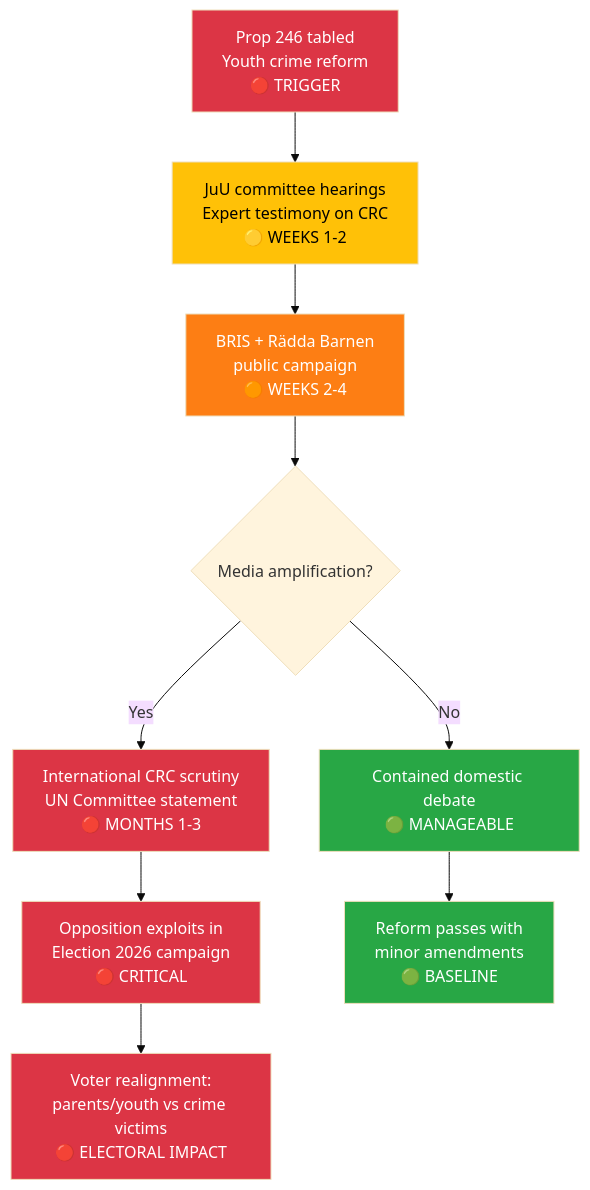
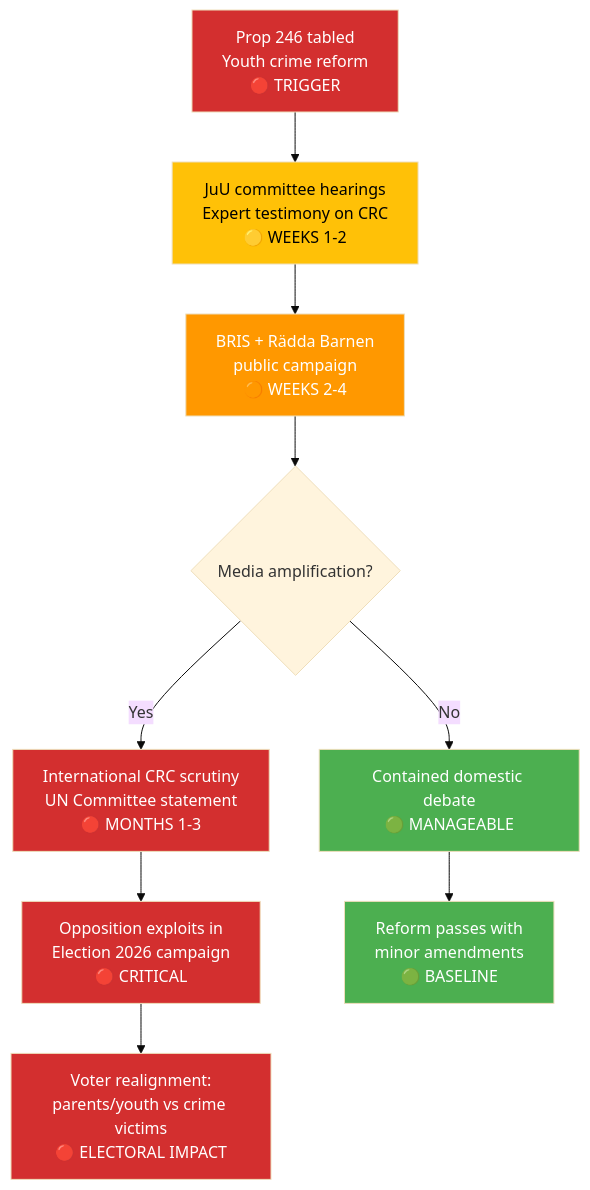
Before and after one commit to Hack23/riksdagsmonitor: the second of 3 diagrams in analysis/daily/2026-04-16/evening-analysis/risk-assessment.md, drawn with Mermaid (base theme). The commit also changed other lines of this file and 785 other files, not shown here.

First line of the commit message:
Normalize mermaid colors across 786 analysis artifacts to ISMS Style Guide palette

````diff
--- a/analysis/daily/2026-04-16/evening-analysis/risk-assessment.md
+++ b/analysis/daily/2026-04-16/evening-analysis/risk-assessment.md
@@ -85,20 +85,20 @@
 ```mermaid
 flowchart TD
     A["Prop 246 tabled<br/>Youth crime reform<br/>🔴 TRIGGER"] --> B["JuU committee hearings<br/>Expert testimony on CRC<br/>🟡 WEEKS 1-2"]
     B --> C["BRIS + Rädda Barnen<br/>public campaign<br/>🟠 WEEKS 2-4"]
     C --> D{Media amplification?}
     D -->|Yes| E["International CRC scrutiny<br/>UN Committee statement<br/>🔴 MONTHS 1-3"]
     D -->|No| F["Contained domestic debate<br/>🟢 MANAGEABLE"]
     E --> G["Opposition exploits in<br/>Election 2026 campaign<br/>🔴 CRITICAL"]
     F --> H["Reform passes with<br/>minor amendments<br/>🟢 BASELINE"]
     G --> I["Voter realignment:<br/>parents/youth vs crime victims<br/>🔴 ELECTORAL IMPACT"]
     
-    style A fill:#dc3545,color:#fff
-    style E fill:#dc3545,color:#fff
-    style G fill:#dc3545,color:#fff
-    style I fill:#dc3545,color:#fff
-    style F fill:#28a745,color:#fff
-    style H fill:#28a745,color:#fff
-    style C fill:#fd7e14,color:#fff
-    style B fill:#ffc107,color:#000
+    style A fill:#D32F2F,color:#FFFFFF
+    style E fill:#D32F2F,color:#FFFFFF
+    style G fill:#D32F2F,color:#FFFFFF
+    style I fill:#D32F2F,color:#FFFFFF
+    style F fill:#4CAF50,color:#FFFFFF
+    style H fill:#4CAF50,color:#FFFFFF
+    style C fill:#FF9800,color:#FFFFFF
+    style B fill:#FFC107,color:#000000
 ```
````
